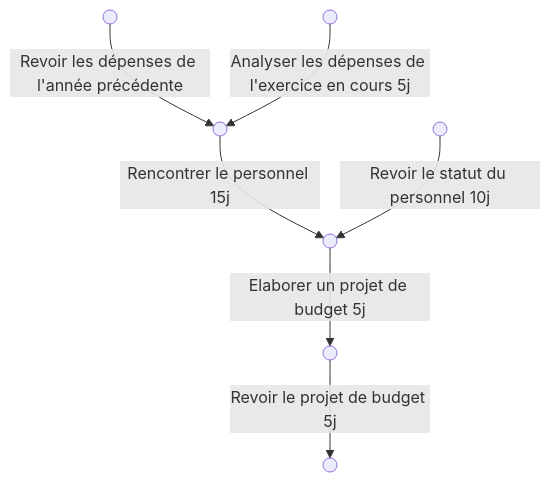
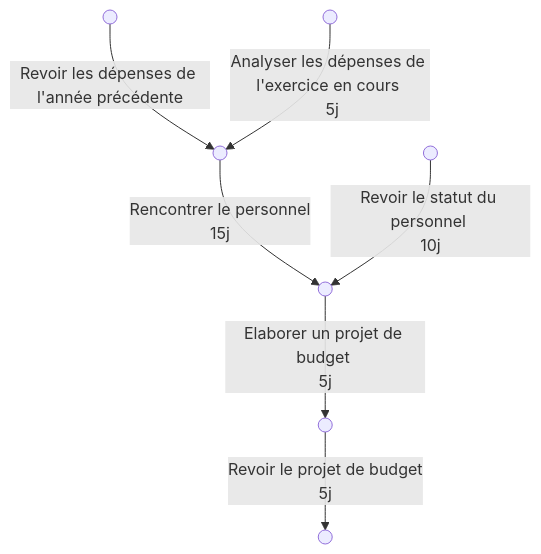
One commit to Carsano/Road2ITD changed the diagram in 02_Learning/01_Management/CH9. Effectuer un suivi des performances.md. Above: the diagram before and after it, drawn with Mermaid. The commit also changed other lines of this file, not shown here.

Commit message:
vault backup: 2025-05-25 10:53:40

````diff
--- a/02_Learning/01_Management/CH9. Effectuer un suivi des performances.md
+++ b/02_Learning/01_Management/CH9. Effectuer un suivi des performances.md
@@ -49,11 +49,11 @@
 ```mermaid
 graph TB
-    A@{ shape: sm-circ} -- Revoir les dépenses de l'année précédente --> C@{ shape: sm-circ}
-    B@{ shape: sm-circ} -- Analyser les dépenses de l'exercice en cours 5j --> C
-    C --Rencontrer le personnel 15j--> E@{ shape: sm-circ}
-    D@{ shape: sm-circ} --Revoir le statut du personnel 10j --> E
-    E --Elaborer un projet de budget 5j --> F@{ shape: sm-circ}
-    F --Revoir le projet de budget 5j --> G@{ shape: sm-circ}
+    A@{ shape: sm-circ} -- "Revoir les dépenses de l'année précédente" --> C@{ shape: sm-circ}
+    B@{ shape: sm-circ} -- "Analyser les dépenses de l'exercice en cours </br> 5j" --> C
+    C --Rencontrer le personnel </br>15j--> E@{ shape: sm-circ}
+    D@{ shape: sm-circ} --Revoir le statut du personnel </br>10j --> E
+    E --Elaborer un projet de budget </br>5j --> F@{ shape: sm-circ}
+    F --Revoir le projet de budget </br>5j --> G@{ shape: sm-circ}
 
 
 ```
````
